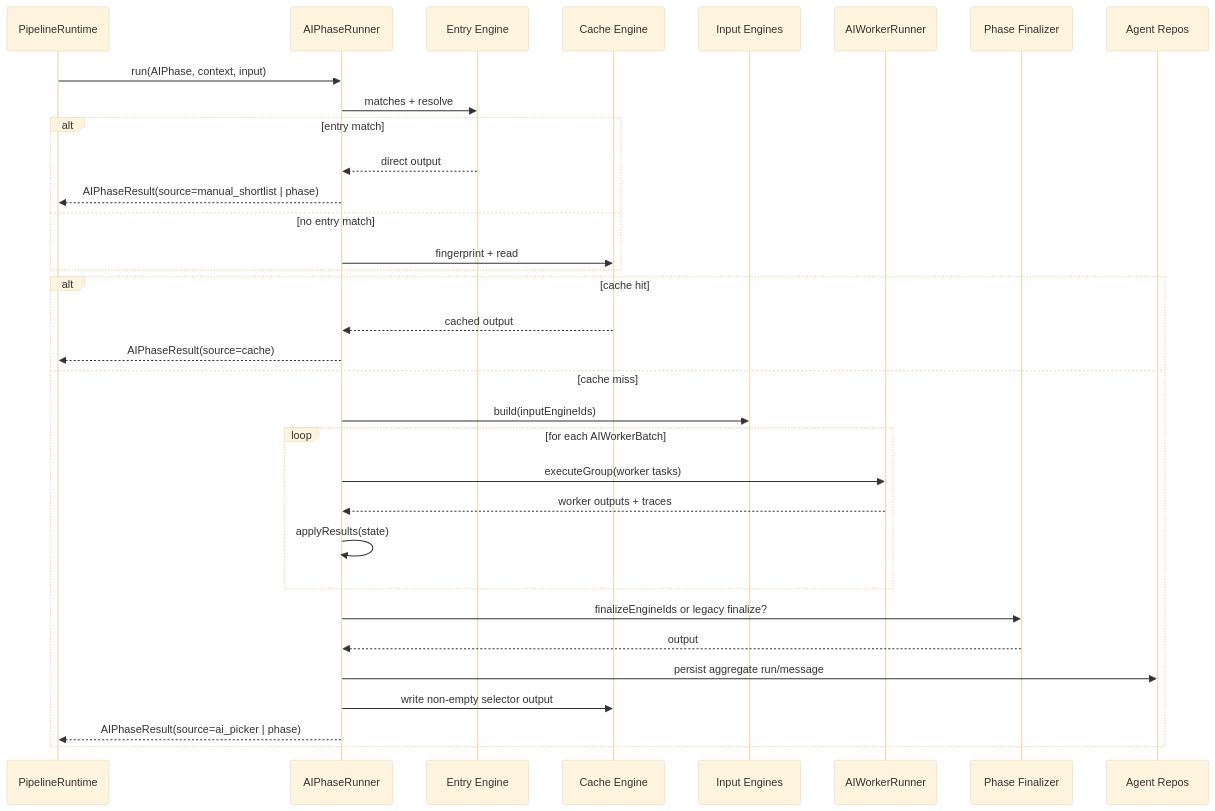
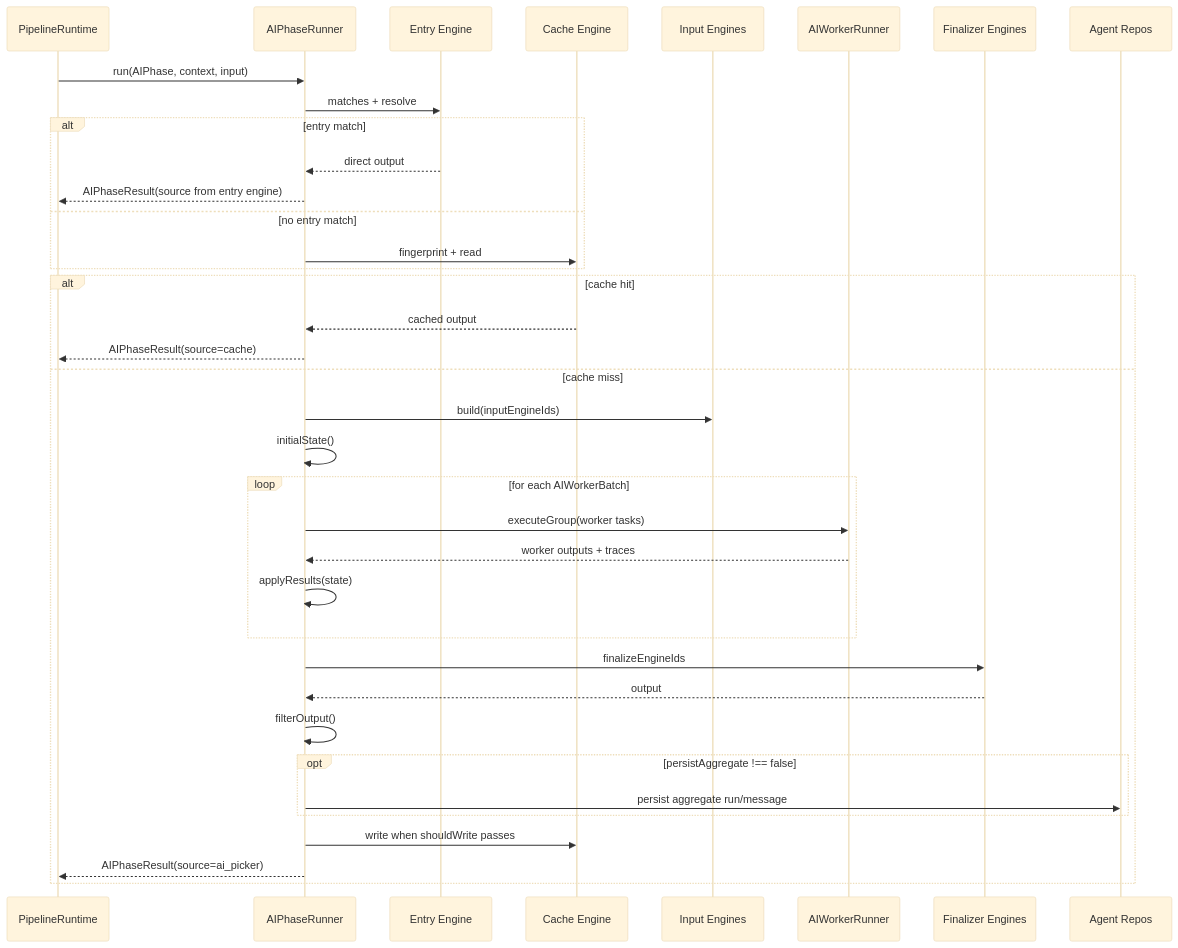
The diagram in electron/main/services/pipeline/phases/README.md (KennethAtchon/Exva), drawn with Mermaid (base theme) before and after one commit. The commit also changed other lines of this file and 19 other files, not shown here.

First line of the commit message:
Implement definition-first pipeline architecture and enhance phase organization

````diff
--- a/electron/main/services/pipeline/phases/README.md
+++ b/electron/main/services/pipeline/phases/README.md
@@ -22,36 +24,40 @@
 ```mermaid
 sequenceDiagram
     participant Runtime as PipelineRuntime
     participant Runner as AIPhaseRunner
     participant Entry as Entry Engine
     participant Cache as Cache Engine
     participant Inputs as Input Engines
     participant Workers as AIWorkerRunner
-    participant Finalize as Phase Finalizer
+    participant Finalize as Finalizer Engines
     participant Repos as Agent Repos
 
     Runtime->>Runner: run(AIPhase, context, input)
     Runner->>Entry: matches + resolve
     alt entry match
         Entry-->>Runner: direct output
-        Runner-->>Runtime: AIPhaseResult(source=manual_shortlist | phase)
+        Runner-->>Runtime: AIPhaseResult(source from entry engine)
     else no entry match
         Runner->>Cache: fingerprint + read
     end
     alt cache hit
         Cache-->>Runner: cached output
         Runner-->>Runtime: AIPhaseResult(source=cache)
     else cache miss
         Runner->>Inputs: build(inputEngineIds)
+        Runner->>Runner: initialState()
         loop for each AIWorkerBatch
             Runner->>Workers: executeGroup(worker tasks)
             Workers-->>Runner: worker outputs + traces
             Runner->>Runner: applyResults(state)
         end
-        Runner->>Finalize: finalizeEngineIds or legacy finalize?
+        Runner->>Finalize: finalizeEngineIds
         Finalize-->>Runner: output
-        Runner->>Repos: persist aggregate run/message
-        Runner->>Cache: write non-empty selector output
-        Runner-->>Runtime: AIPhaseResult(source=ai_picker | phase)
+        Runner->>Runner: filterOutput()
+        opt persistAggregate !== false
+            Runner->>Repos: persist aggregate run/message
+        end
+        Runner->>Cache: write when shouldWrite passes
+        Runner-->>Runtime: AIPhaseResult(source=ai_picker)
     end
 ```
````
